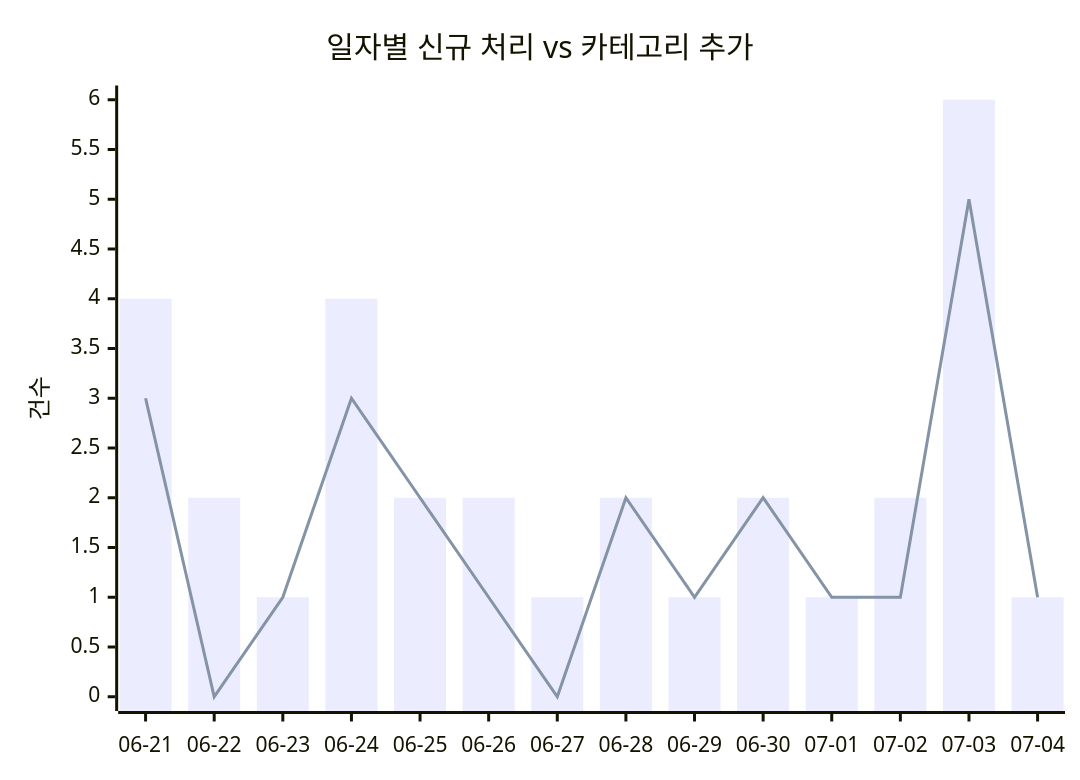
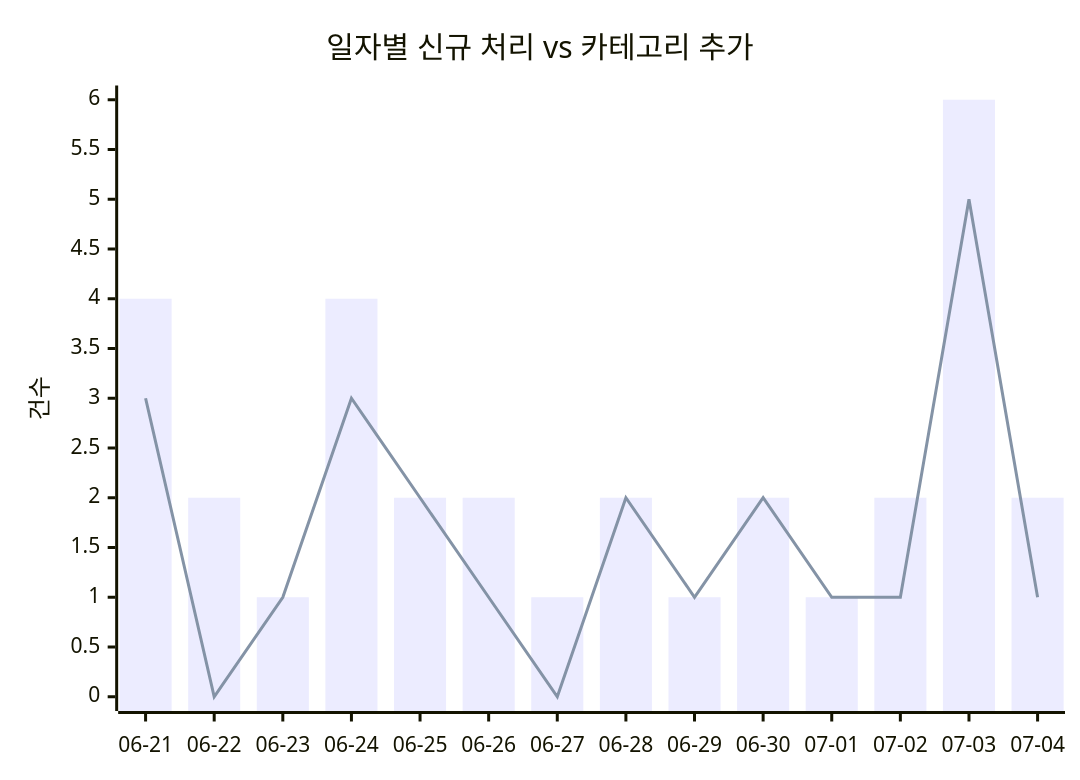
Before and after one commit to J-nowcow/awesome-korean-agent-skills: the first of 2 diagrams in docs/trends.md, drawn with Mermaid. The commit also changed other lines of this file and 2 other files, not shown here.

````diff
--- a/docs/trends.md
+++ b/docs/trends.md
@@ -32,8 +32,8 @@
 ```mermaid
 xychart-beta
     title "일자별 신규 처리 vs 카테고리 추가"
     x-axis ["06-21","06-22","06-23","06-24","06-25","06-26","06-27","06-28","06-29","06-30","07-01","07-02","07-03","07-04"]
     y-axis "건수"
-    bar [4,2,1,4,2,2,1,2,1,2,1,2,6,1]
+    bar [4,2,1,4,2,2,1,2,1,2,1,2,6,2]
     line [3,0,1,3,2,1,0,2,1,2,1,1,5,1]
 ```
````
